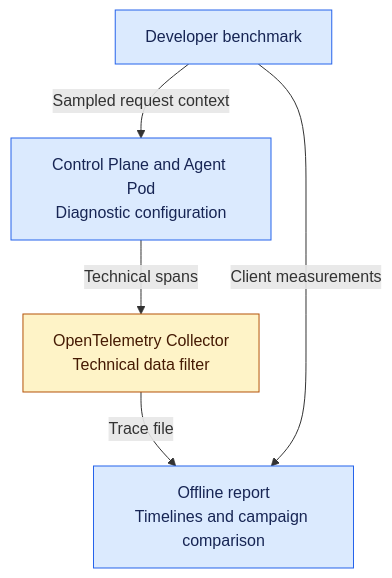
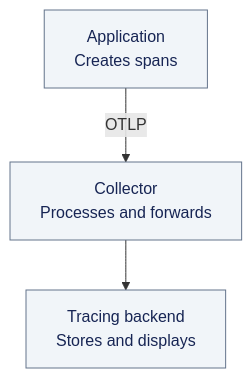
Before and after one commit to ThalesGroup/fred: the second of 3 diagrams in docs/architecture/08-operations.md, drawn with Mermaid. The commit also changed other lines of this file and 7 other files, not shown here.

````diff
--- a/docs/architecture/08-operations.md
+++ b/docs/architecture/08-operations.md
@@ -198,18 +65,8 @@
 ```mermaid
 flowchart TD
-    B["Developer benchmark"]
-    F["Control Plane and Agent Pod<br/>Diagnostic configuration"]
-    C["OpenTelemetry Collector<br/>Technical data filter"]
-    H["Offline report<br/>Timelines and campaign comparison"]
+    A["Application<br/>Creates spans"] -->|"OTLP"| C["Collector<br/>Processes and forwards"]
+    C --> B["Tracing backend<br/>Stores and displays"]
 
-    B -->|Sampled request context| F
-    F -->|Technical spans| C
-    C -->|Trace file| H
-    B -->|Client measurements| H
-
-    classDef fred fill:#DBEAFE,stroke:#2563EB,color:#172554
-    classDef cots fill:#FEF3C7,stroke:#B45309,color:#451A03
-    classDef neutral fill:#F1F5F9,stroke:#64748B,color:#0F172A
-    class B,F,H fred
-    class C cots
+    classDef neutral fill:#F1F5F9,stroke:#64748B,color:#172554
+    class A,C,B neutral
 ```
````
